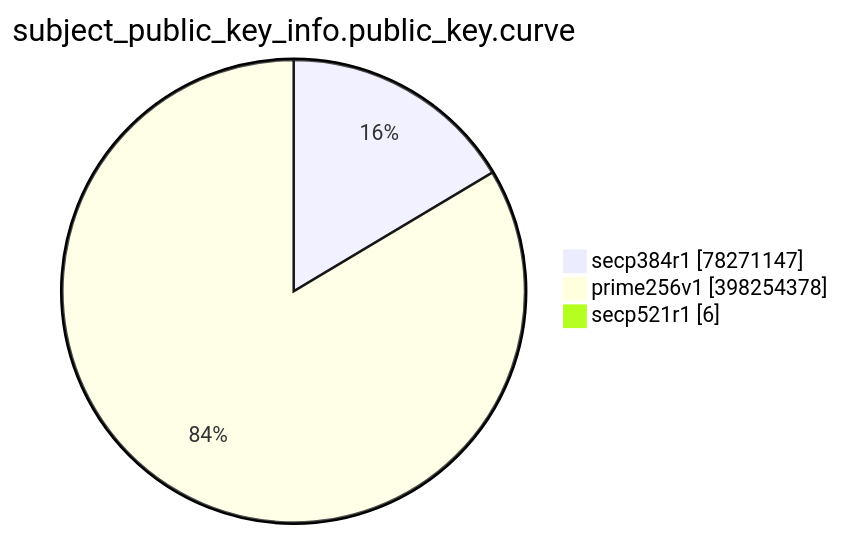
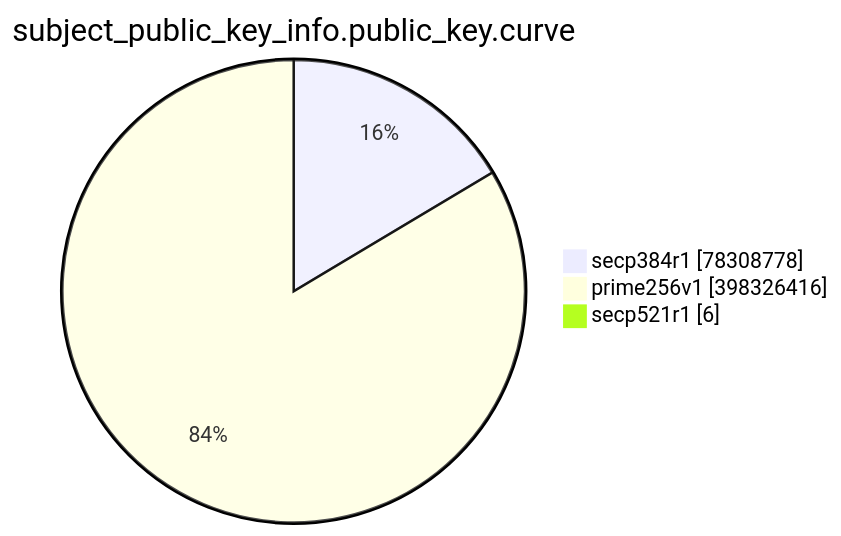
The eighth of 15 diagrams in TOTAL/README.md (christiankrug/ctmonitor_visualization), drawn with Mermaid before and after one commit. The commit also changed other lines of this file, not shown here.

````diff
--- a/TOTAL/README.md
+++ b/TOTAL/README.md
@@ -3095,7 +3095,7 @@
 ```mermaid
 pie showData
 title subject_public_key_info.public_key.curve
-"secp384r1" :78271147
-"prime256v1" :398254378
+"secp384r1" :78308778
+"prime256v1" :398326416
 "secp521r1" :6
 ```
````
